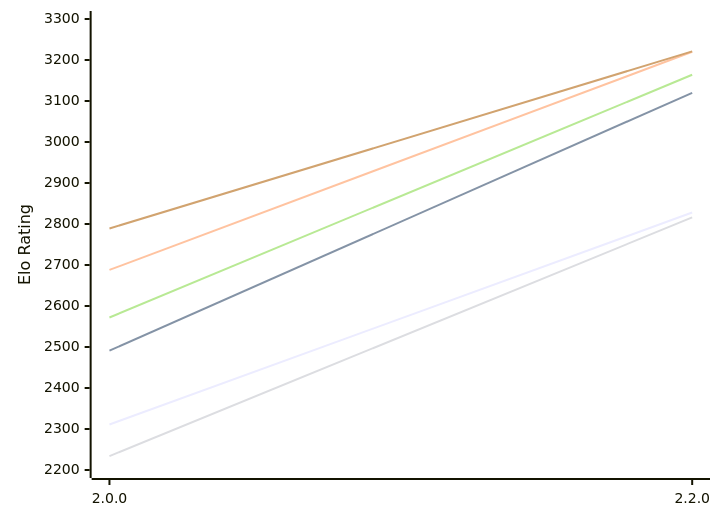
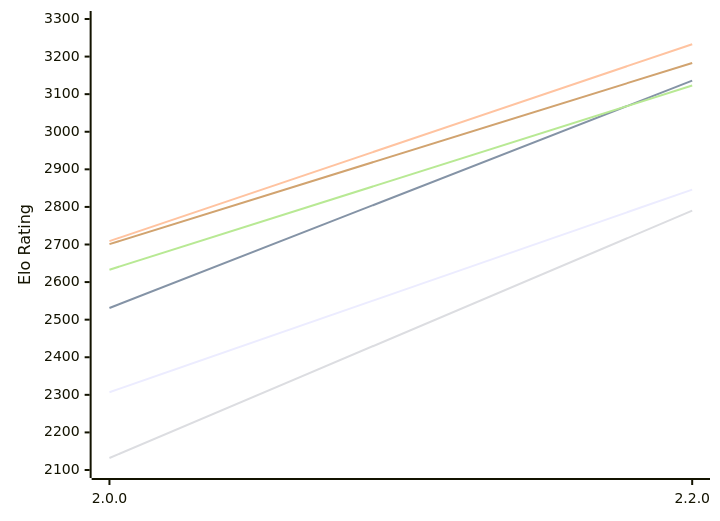
Before and after one commit to computer-chess-index/cci: the first of 2 diagrams in engines/SoloEngine.md, drawn with Mermaid. The commit also changed other lines of this file, not shown here.

Commit message:
Update CCI Ratings (ELO VLTC) - 2026-11-14

````diff
--- a/engines/SoloEngine.md
+++ b/engines/SoloEngine.md
@@ -55,12 +55,12 @@
 ```mermaid
 %%{init: {"theme":"base","themeVariables":{"seriesColors:['#a3a3a3','#222221','#faa371']}}}%%
 xychart-beta
   x-axis ["2.0.0", "2.2.0"]
-  y-axis "Elo Rating" 2200 --> 3300
-  line "E1: STC (8.0+0.08s)" [2311, 2828]
-  line "E1: LTC (60.0+0.60s)" [2491, 3120]
-  line "E1: VLTC (2m24s+1.12s)" [2688, 3220]
-  line "P1: STC (8.0+0.08s)" [2234, 2816]
-  line "P1: LTC (60.0+0.60s)" [2572, 3164]
-  line "P1: VLTC (2m24s+1.12s)" [2789, 3221]
+  y-axis "Elo Rating" 2100 --> 3300
+  line "E1: STC (8.0+0.08s)" [2307, 2846]
+  line "E1: LTC (60.0+0.60s)" [2531, 3136]
+  line "E1: VLTC (2m24s+1.12s)" [2709, 3233]
+  line "P1: STC (8.0+0.08s)" [2132, 2790]
+  line "P1: LTC (60.0+0.60s)" [2633, 3123]
+  line "P1: VLTC (2m24s+1.12s)" [2701, 3183]
 ```
````
